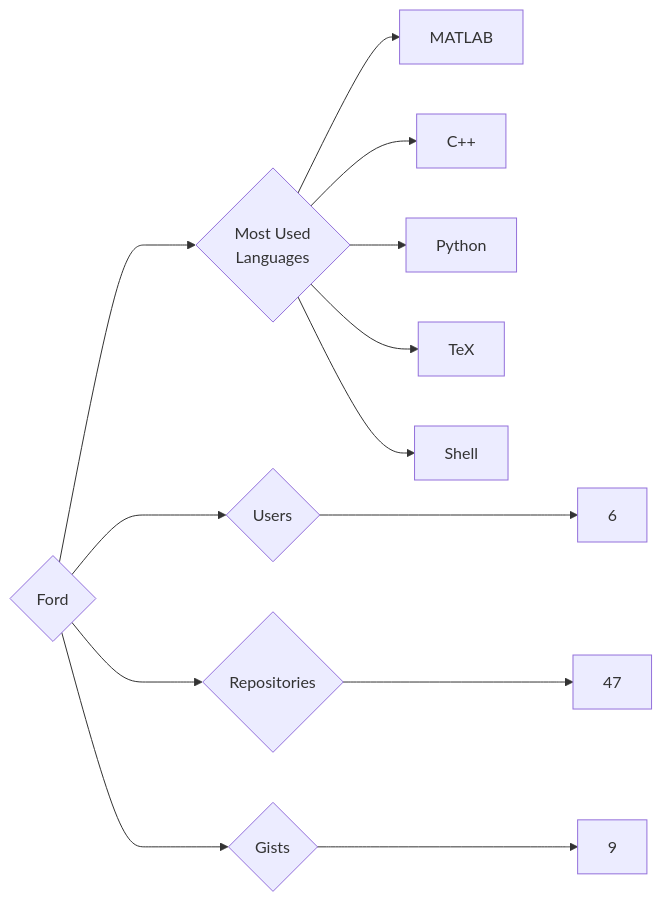
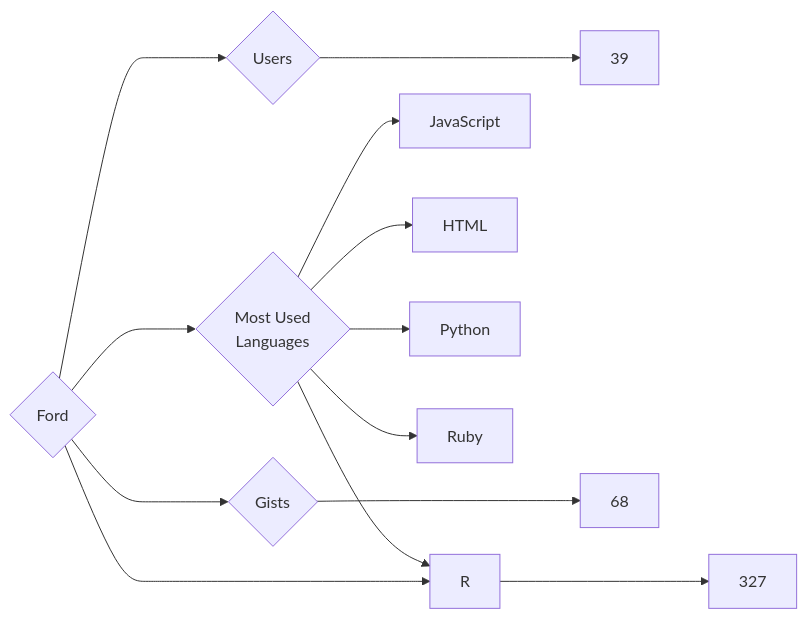
Before and after one commit to trickest/insiders: the diagram in targets/Ford/README.md, drawn with Mermaid. The commit also changed 924 other files, not shown here.

````diff
--- a/targets/Ford/README.md
+++ b/targets/Ford/README.md
@@ -3,13 +3,13 @@
 ```mermaid
 graph LR
 COMPANY_NAME{Ford}
-COMPANY_NAME ---> U{Users} ---> UN[6]
-COMPANY_NAME ---> R{Repositories} ---> RN[47]
-COMPANY_NAME ---> G{Gists} ---> GN[9]
+COMPANY_NAME ---> U{Users} ---> UN[39]
+COMPANY_NAME ---> R{Repositories} ---> RN[327]
+COMPANY_NAME ---> G{Gists} ---> GN[68]
 COMPANY_NAME ---> ML{Most Used<br>Languages}
-ML --> MATLAB[MATLAB]
-ML --> C++[C++]
+ML --> JavaScript[JavaScript]
+ML --> HTML[HTML]
 ML --> Python[Python]
-ML --> TeX[TeX]
-ML --> Shell[Shell]
+ML --> Ruby[Ruby]
+ML --> R[R]
 ```
````
